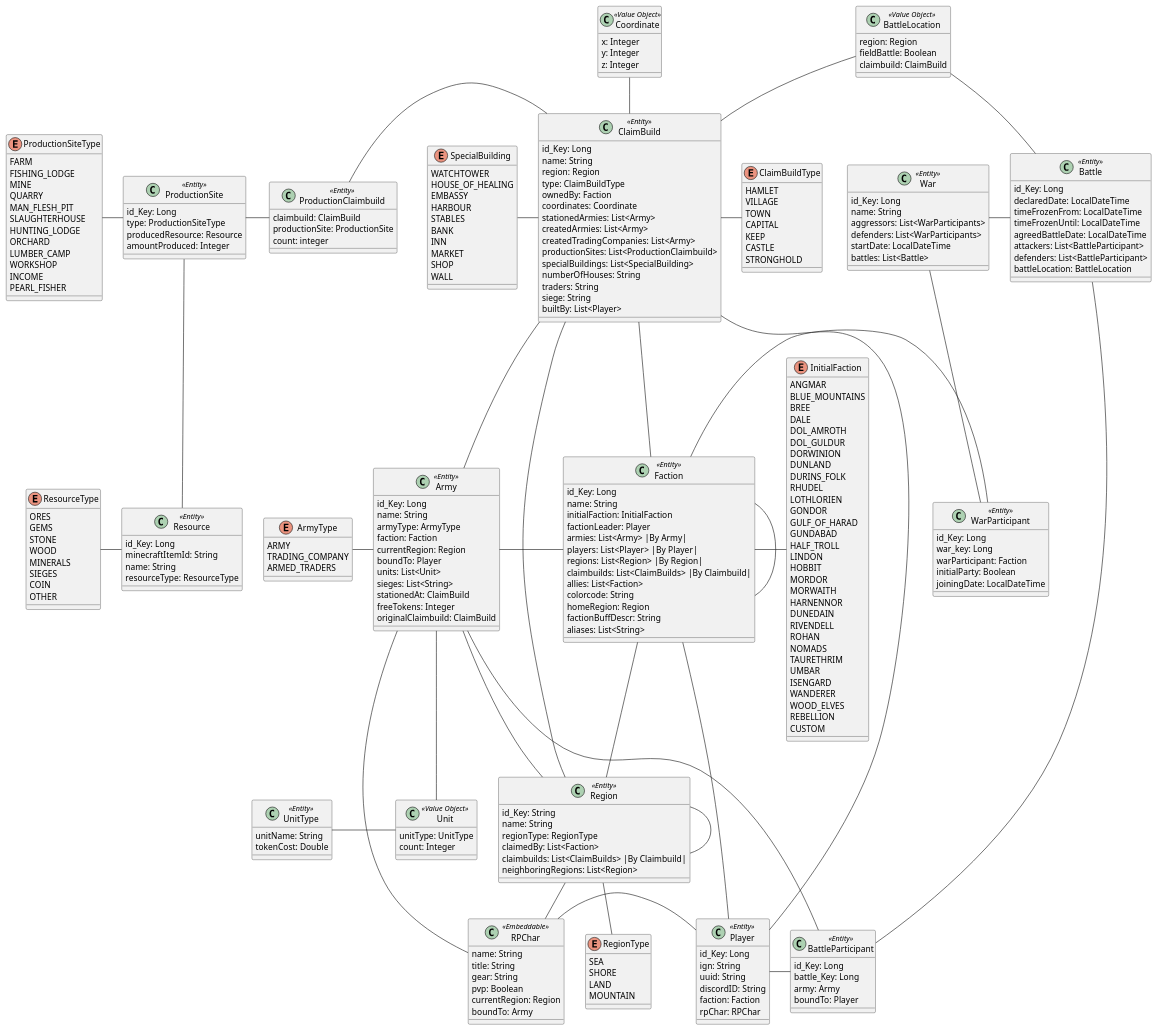
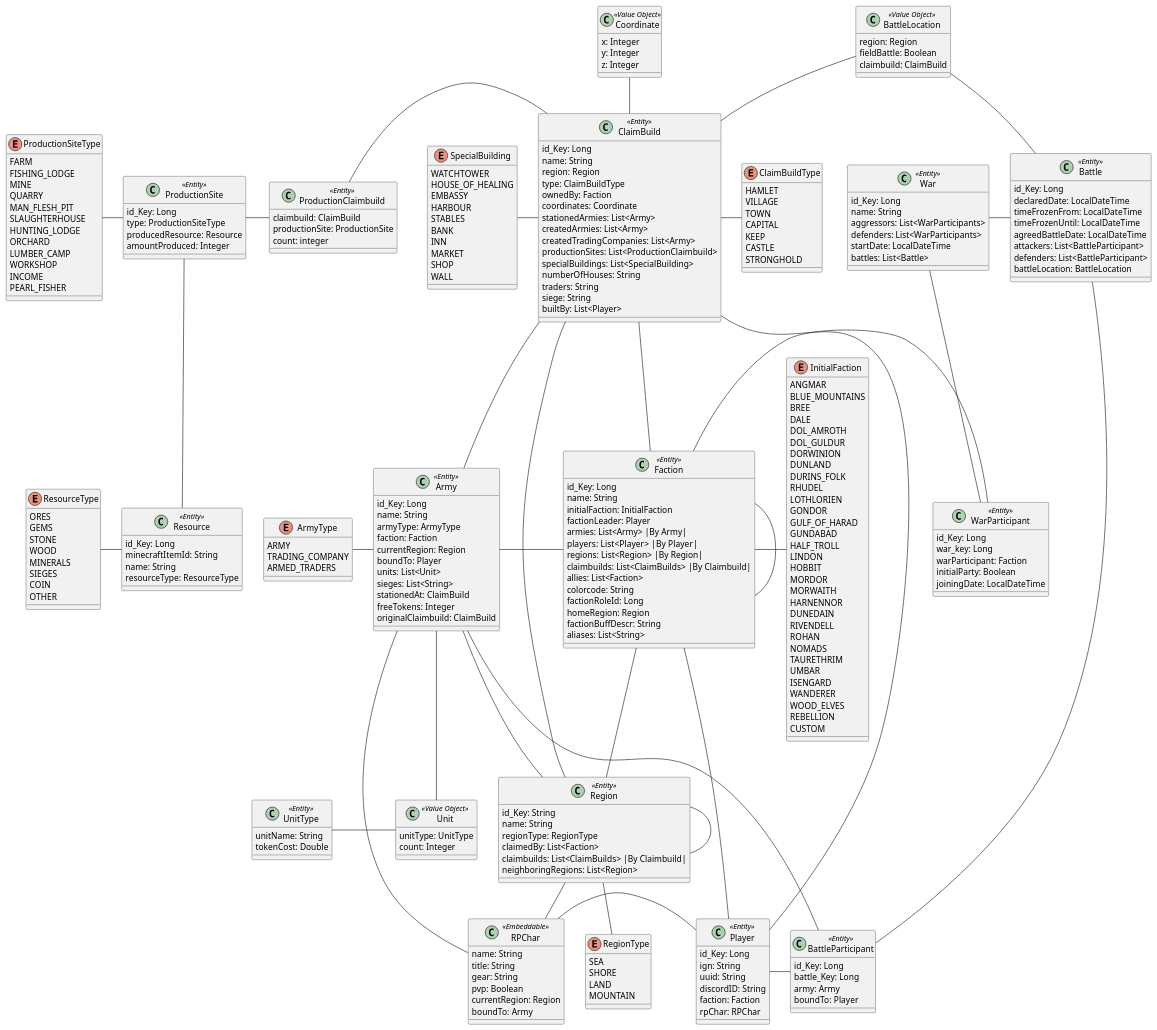
The diagram in src/main/puml/ArdasLegendsDomain.puml (Team-KekX/Ardas-Legends-App), drawn with PlantUML before and after one commit. The commit also changed 1 other file, not shown here.

Commit message:
Added factionRoleId attribute

```diff
--- a/src/main/puml/ArdasLegendsDomain.puml
+++ b/src/main/puml/ArdasLegendsDomain.puml
@@ -130,6 +130,7 @@
     claimbuilds: List<ClaimBuilds> |By Claimbuild|
     allies: List<Faction>
     colorcode: String
+    factionRoleId: Long
     homeRegion: Region
     factionBuffDescr: String
     aliases: List<String>
```
